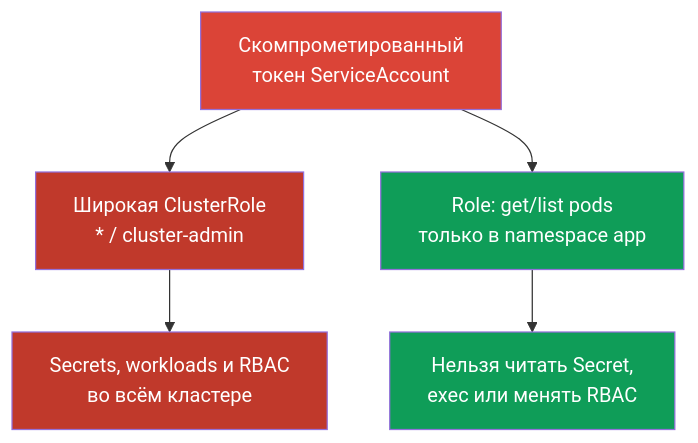
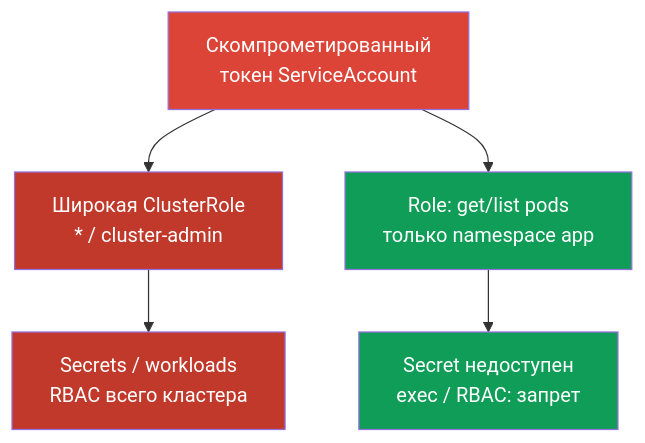
One commit to ViktorUJ/cks changed the first of 2 diagrams in tasks/cks/course/10/ru.md. Above: the diagram before and after it, drawn with Mermaid. The commit also changed other lines of this file and 38 other files, not shown here.

````diff
--- a/tasks/cks/course/10/ru.md
+++ b/tasks/cks/course/10/ru.md
@@ -34,12 +41,12 @@
 ```mermaid
 flowchart TB
     token["Скомпрометированный<br/>токен ServiceAccount"] --> broad["Широкая ClusterRole<br/>* / cluster-admin"]
-    broad --> cluster["Secrets, workloads и RBAC<br/>во всём кластере"]
-    token --> narrow["Role: get/list pods<br/>только в namespace app"]
-    narrow --> limited["Нельзя читать Secret,<br/>exec или менять RBAC"]
+    broad --> cluster["Secrets / workloads<br/>RBAC всего кластера"]
+    token --> narrow["Role: get/list pods<br/>только namespace app"]
+    narrow --> limited["Secret недоступен<br/>exec / RBAC: запрет"]
     style token fill:#db4437,color:#fff
     style broad fill:#c0392b,color:#fff
     style cluster fill:#c0392b,color:#fff
     style narrow fill:#0f9d58,color:#fff
     style limited fill:#0f9d58,color:#fff
 ```
````
